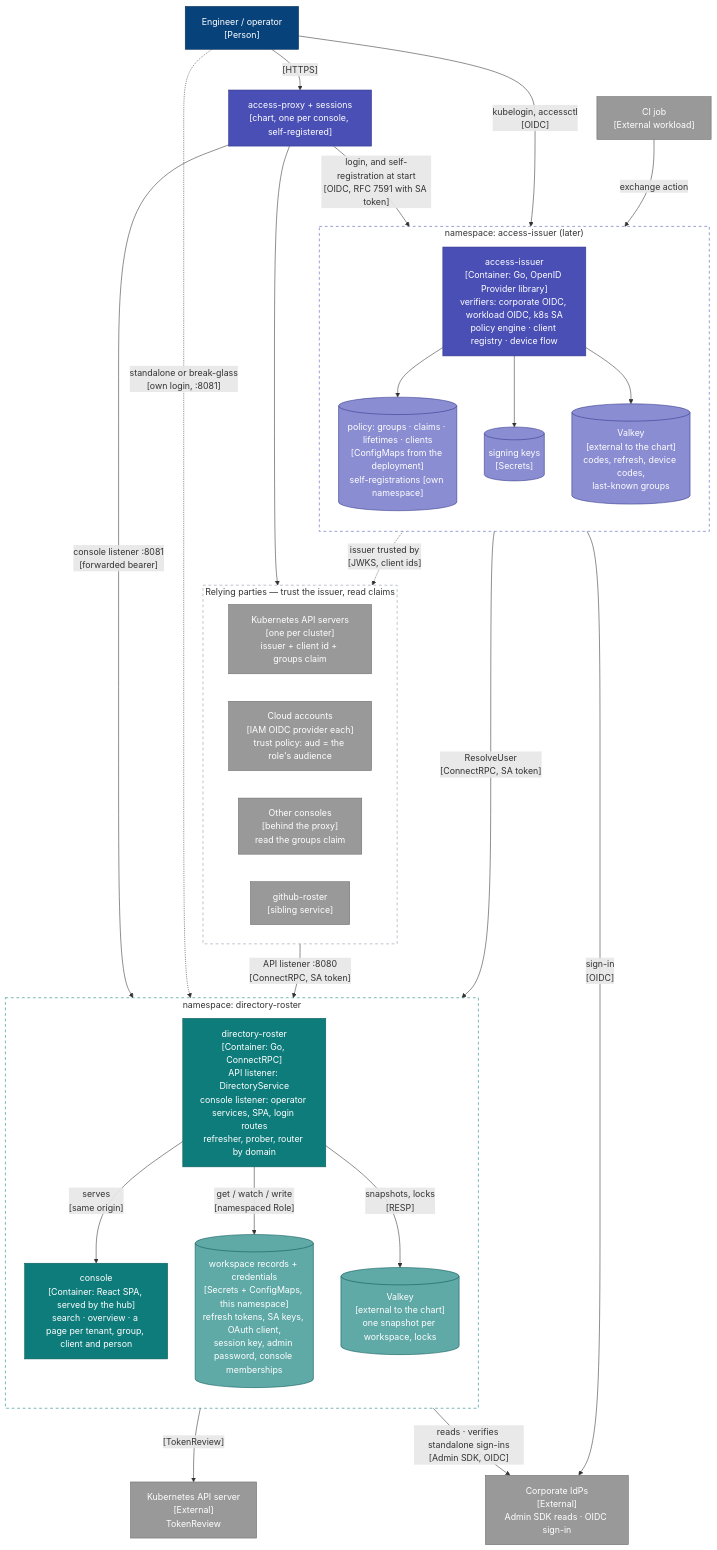
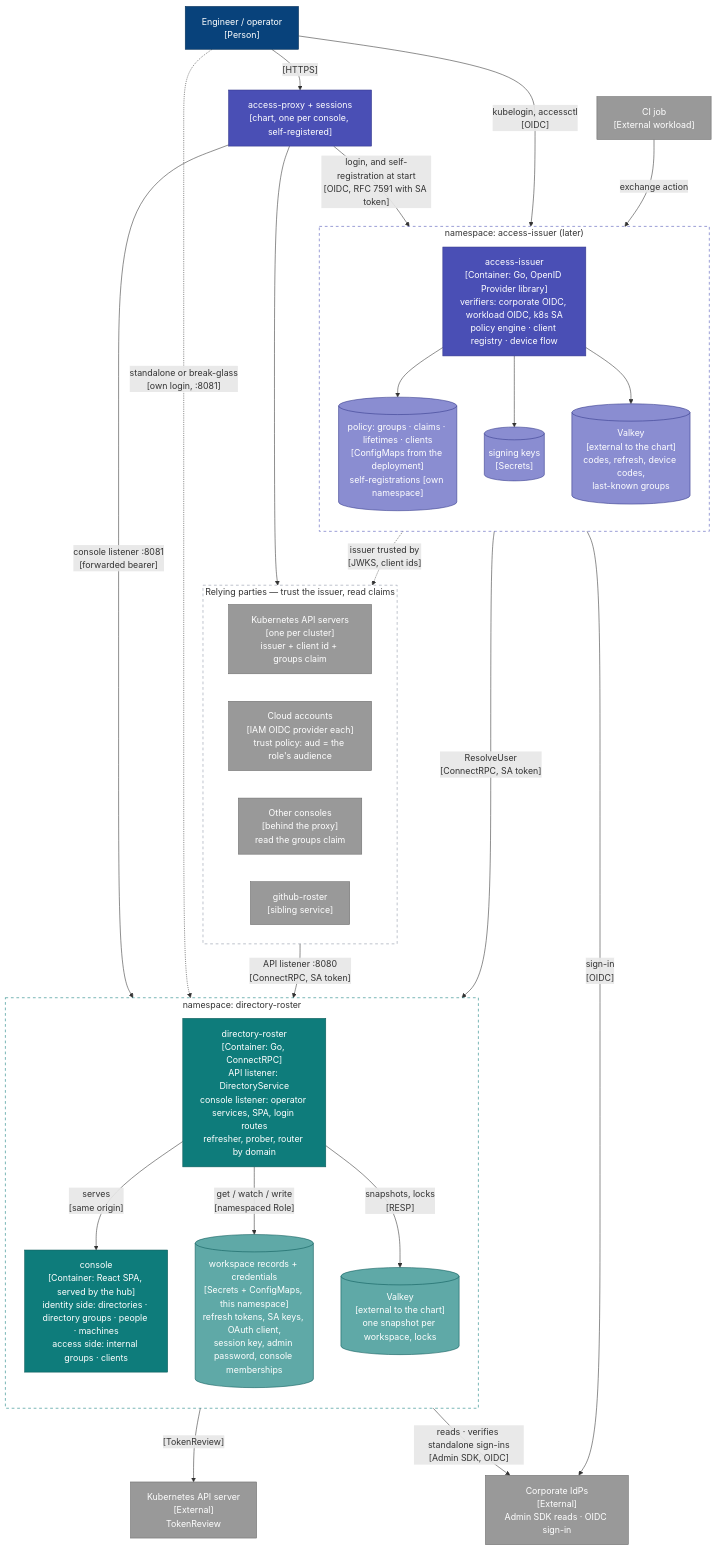
One commit to truvity/access-roster changed the second of 11 diagrams in docs/architecture.md. Above: the diagram before and after it, drawn with Mermaid. The commit also changed other lines of this file and 28 other files, not shown here.

````diff
--- a/docs/architecture.md
+++ b/docs/architecture.md
@@ -81,64 +81,64 @@
 ```mermaid
 flowchart TB
   eng["Engineer / operator<br/>[Person]"]:::person
   ci["CI job<br/>[External workload]"]:::ext
   proxy["access-proxy + sessions<br/>[chart, one per console, self-registered]"]:::token
   idp["Corporate IdPs<br/>[External]<br/>Admin SDK reads · OIDC sign-in"]:::ext
   kapi["Kubernetes API server<br/>[External]<br/>TokenReview"]:::ext
 
   subgraph nsTs["namespace: access-issuer (later)"]
     direction TB
     ts["access-issuer<br/>[Container: Go, OpenID Provider library]<br/>verifiers: corporate OIDC, workload OIDC, k8s SA<br/>policy engine · client registry · device flow"]:::token
     policyStore[("policy: groups · claims · lifetimes · clients<br/>[ConfigMaps from the deployment]<br/>self-registrations [own namespace]")]:::tokenStore
     keys[("signing keys<br/>[Secrets]")]:::tokenStore
     tsv[("Valkey<br/>[external to the chart]<br/>codes, refresh, device codes,<br/>last-known groups")]:::tokenStore
   end
 
   subgraph nsHub["namespace: directory-roster"]
     direction TB
     hub["directory-roster<br/>[Container: Go, ConnectRPC]<br/>API listener: DirectoryService<br/>console listener: operator services, SPA, login routes<br/>refresher, prober, router by domain"]:::hub
-    spa["console<br/>[Container: React SPA, served by the hub]<br/>search · overview · a page per tenant, group, client and person"]:::hub
+    spa["console<br/>[Container: React SPA, served by the hub]<br/>identity side: directories · directory groups · people · machines<br/>access side: internal groups · clients"]:::hub
     k8s[("workspace records + credentials<br/>[Secrets + ConfigMaps, this namespace]<br/>refresh tokens, SA keys, OAuth client,<br/>session key, admin password, console memberships")]:::hubStore
     hv[("Valkey<br/>[external to the chart]<br/>one snapshot per workspace, locks")]:::hubStore
   end
 
   subgraph rp["Relying parties — trust the issuer, read claims"]
     direction LR
     k8sapi["Kubernetes API servers<br/>[one per cluster]<br/>issuer + client id + groups claim"]:::ext
     cloud["Cloud accounts<br/>[IAM OIDC provider each]<br/>trust policy: aud = the role's audience"]:::ext
     consoles["Other consoles<br/>[behind the proxy]<br/>read the groups claim"]:::ext
     roster["github-roster<br/>[sibling service]"]:::ext
   end
 
   eng -- "[HTTPS]" --> proxy
   proxy -- "login, and self-registration at start<br/>[OIDC, RFC 7591 with SA token]" --> ts
   proxy -- "console listener :8081<br/>[forwarded bearer]" --> hub
   proxy --> consoles
   eng -. "standalone or break-glass<br/>[own login, :8081]" .-> hub
   eng -- "kubelogin, accessctl<br/>[OIDC]" --> ts
   ci -- "exchange action" --> ts
   ts -- "sign-in<br/>[OIDC]" --> idp
   ts -- "ResolveUser<br/>[ConnectRPC, SA token]" --> hub
   ts --> policyStore
   ts --> keys
   ts --> tsv
   ts -. "issuer trusted by<br/>[JWKS, client ids]" .-> rp
   hub -- "serves<br/>[same origin]" --> spa
   hub -- "[TokenReview]" --> kapi
   hub -- "get / watch / write<br/>[namespaced Role]" --> k8s
   hub -- "snapshots, locks<br/>[RESP]" --> hv
   hub -- "reads · verifies standalone sign-ins<br/>[Admin SDK, OIDC]" --> idp
   roster -- "API listener :8080<br/>[ConnectRPC, SA token]" --> hub
 
   classDef person fill:#08427b,stroke:#052e56,color:#fff
   classDef system fill:#1168bd,stroke:#0b4884,color:#fff
   classDef ext fill:#999999,stroke:#6b6b6b,color:#fff
   classDef hub fill:#0E7C7B,stroke:#0A5958,color:#fff
   classDef hubStore fill:#5FA9A7,stroke:#0A5958,color:#fff
   classDef token fill:#4A4FB5,stroke:#33378A,color:#fff
   classDef tokenStore fill:#8A8DD1,stroke:#33378A,color:#fff
   classDef component fill:#85bbf0,stroke:#5d82a8,color:#000
   style nsTs fill:none,stroke:#4A4FB5,stroke-dasharray:5 5
   style nsHub fill:none,stroke:#0E7C7B,stroke-dasharray:5 5
   style rp fill:none,stroke:#8A93A3,stroke-dasharray:5 5
 ```
````
